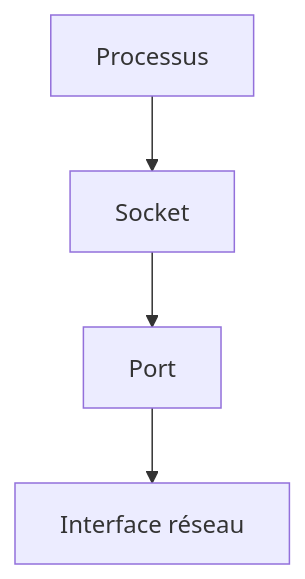
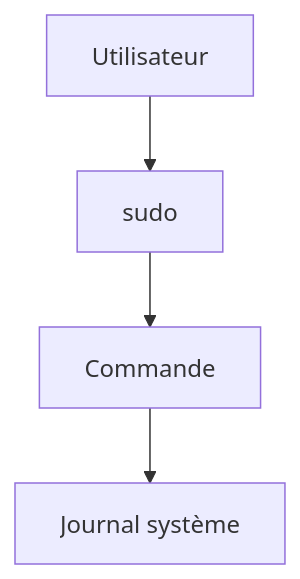
One commit to tdelaclos/formations changed the tenth of 20 diagrams in campagne 1/1.8.md. Above: the diagram before and after it, drawn with Mermaid. The commit also changed other lines of this file, not shown here.

````diff
--- a/campagne 1/1.8.md
+++ b/campagne 1/1.8.md
@@ -229,11 +508,15 @@
 ```mermaid
 flowchart TD
 
-A["Processus"]
+A["Utilisateur"]
 
-A --> B["Socket"]
+B["sudo"]
 
-B --> C["Port"]
+C["Commande"]
 
-C --> D["Interface réseau"]
+D["Journal système"]
+
+A --> B
+B --> C
+C --> D
 ```
````
